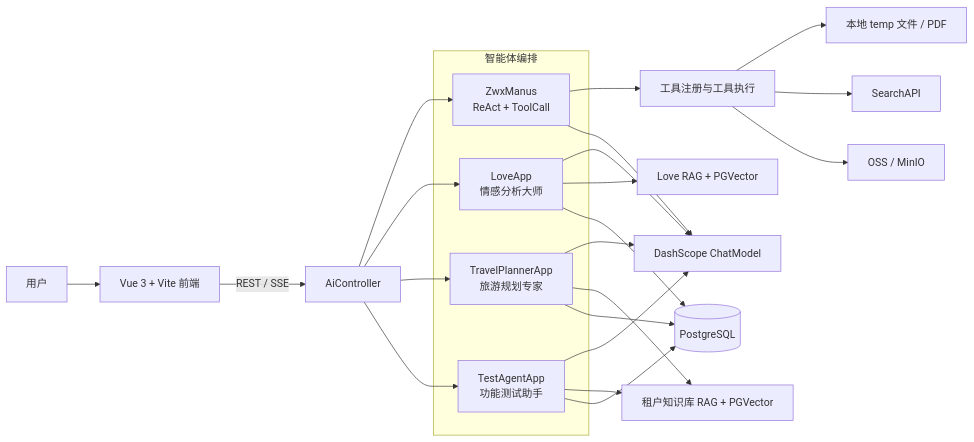
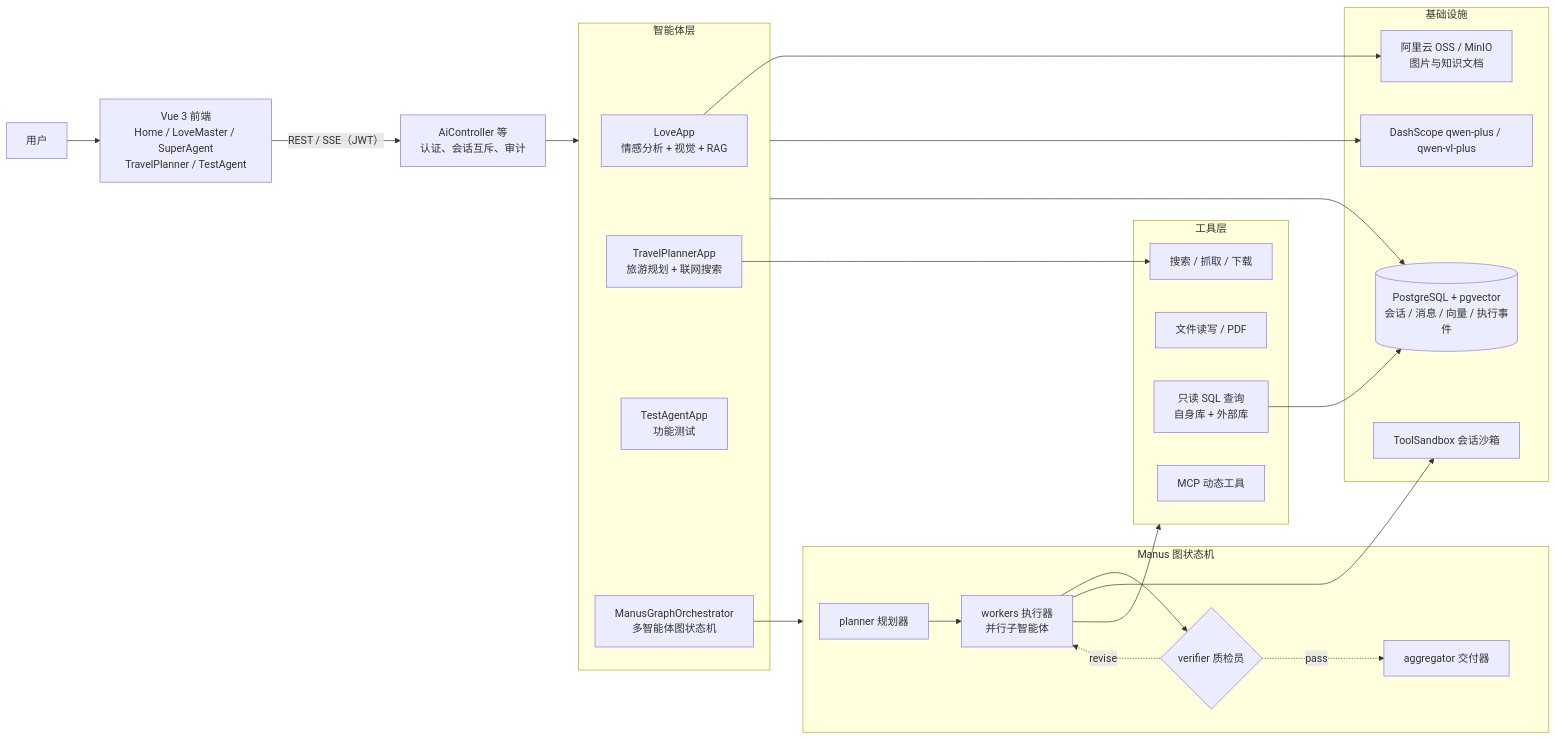
One commit to 20030325zwx-lgtm/zwx-agent changed the first of 2 diagrams in design/agent-architecture.md. Above: the diagram before and after it, drawn with Mermaid. The commit also changed other lines of this file and 9 other files, not shown here.

````diff
--- a/design/agent-architecture.md
+++ b/design/agent-architecture.md
@@ -7,32 +7,45 @@
 ```mermaid
 flowchart LR
-    User[用户] --> FE[Vue 3 + Vite 前端]
-    FE -->|REST / SSE| API[AiController]
+    User[用户] --> FE[Vue 3 前端<br/>Home / LoveMaster / SuperAgent<br/>TravelPlanner / TestAgent]
 
-    subgraph Agents[智能体编排]
-      Manus[ZwxManus\nReAct + ToolCall]
-      Love[LoveApp\n情感分析大师]
-      Travel[TravelPlannerApp\n旅游规划专家]
-      Test[TestAgentApp\n功能测试助手]
+    FE -->|REST / SSE（JWT）| GW[AiController 等<br/>认证、会话互斥、审计]
+
+    subgraph Agents[智能体层]
+        Love[LoveApp<br/>情感分析 + 视觉 + RAG]
+        Travel[TravelPlannerApp<br/>旅游规划 + 联网搜索]
+        Test[TestAgentApp<br/>功能测试]
+        Manus[ManusGraphOrchestrator<br/>多智能体图状态机]
     end
 
-    API --> Manus
-    API --> Love
-    API --> Travel
-    API --> Test
+    GW --> Agents
 
-    Manus --> Tools[工具注册与工具执行]
-    Love --> Model[DashScope ChatModel]
-    Travel --> Model
-    Test --> Model
-    Manus --> Model
-    Love --> RAG[Love RAG + PGVector]
-    Travel --> AgentRAG[租户知识库 RAG + PGVector]
-    Test --> AgentRAG
-    Love --> DB[(PostgreSQL)]
-    Travel --> DB
-    Test --> DB
-    Tools --> FS[本地 temp 文件 / PDF]
-    Tools --> Search[SearchAPI]
-    Tools --> OSS[OSS / MinIO]
+    subgraph Graph[Manus 图状态机]
+        P[planner 规划器] --> W[workers 执行器<br/>并行子智能体]
+        W --> V{verifier 质检员}
+        V -.->|revise| W
+        V -.->|pass| A[aggregator 交付器]
+    end
+    Manus --> Graph
+
+    subgraph Tools[工具层]
+        File[文件读写 / PDF]
+        Web[搜索 / 抓取 / 下载]
+        SQL[只读 SQL 查询<br/>自身库 + 外部库]
+        MCPc[MCP 动态工具]
+    end
+    W --> Tools
+    Travel --> Web
+
+    subgraph Infra[基础设施]
+        LLM[DashScope qwen-plus / qwen-vl-plus]
+        PG[(PostgreSQL + pgvector<br/>会话 / 消息 / 向量 / 执行事件)]
+        OSS[阿里云 OSS / MinIO<br/>图片与知识文档]
+        SB[ToolSandbox 会话沙箱]
+    end
+
+    Agents --> LLM
+    Agents --> PG
+    Love --> OSS
+    W --> SB
+    SQL --> PG
 ```
````
